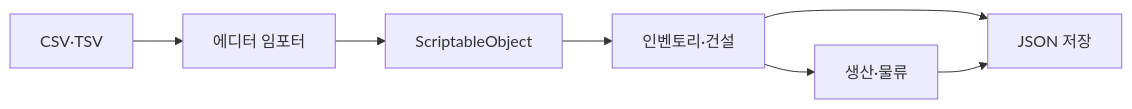
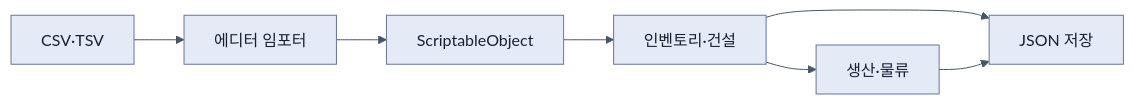
Before and after one commit to Searabbit11/portfolio: the first of 3 diagrams in src/1-re-genesis/기술문서.md, drawn with Mermaid. The commit also changed other lines of this file and 51 other files, not shown here.

````diff
--- a/src/1-re-genesis/기술문서.md
+++ b/src/1-re-genesis/기술문서.md
@@ -34,9 +40,10 @@
 ```mermaid
+%%{init: {"theme": "base", "htmlLabels": false, "themeVariables": {"primaryColor": "#e4eaf6", "primaryTextColor": "#172033", "primaryBorderColor": "#667899", "lineColor": "#475569", "textColor": "#172033", "edgeLabelBackground": "#eef2f8"}, "themeCSS": ".nodeLabel p, .edgeLabel p { color: #172033 !important; margin: 0 !important; }"}}%%
 flowchart LR
     T["CSV·TSV"] --> I["에디터 임포터"]
     I --> D["ScriptableObject"]
     D --> G["인벤토리·건설"]
     G --> F["생산·물류"]
     G --> S["JSON 저장"]
     F --> S
 ```
````
